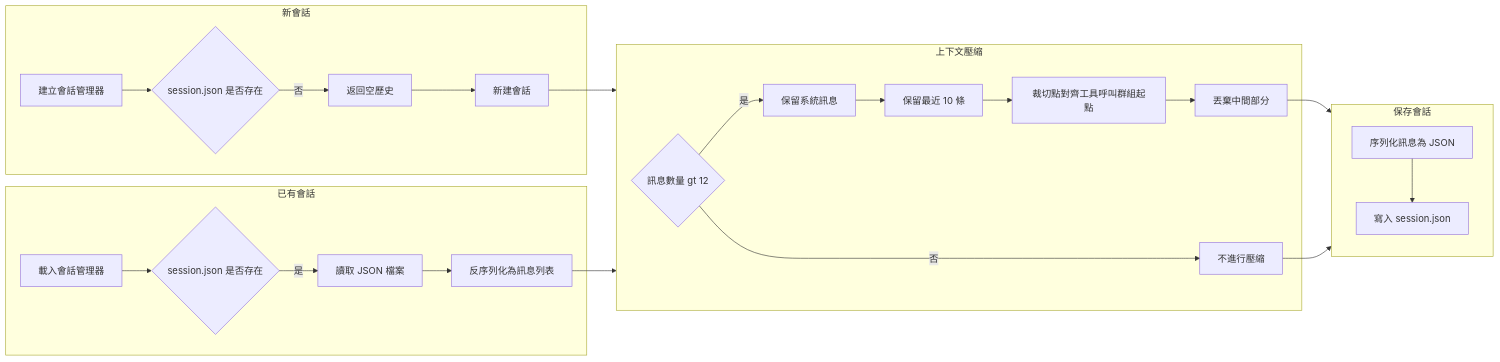
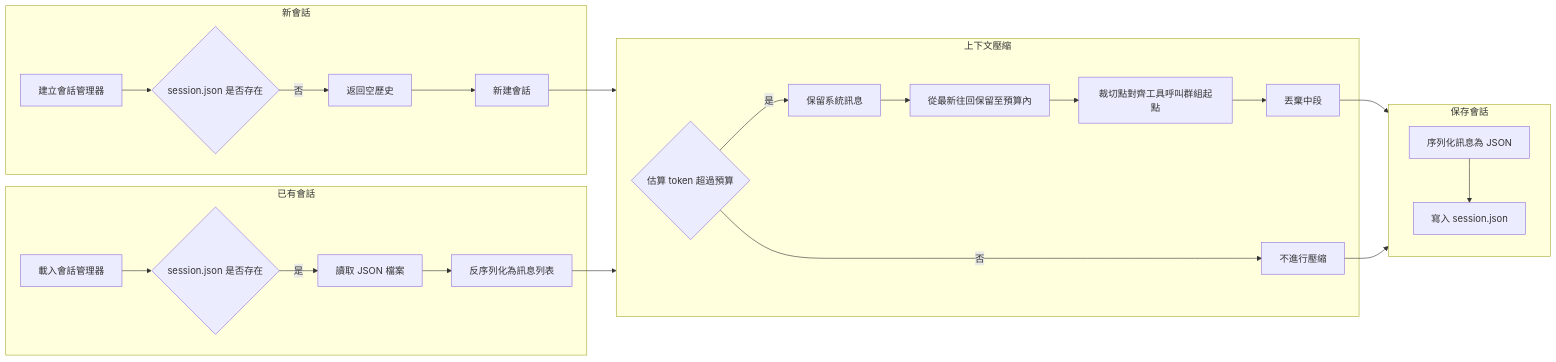
One commit to chiisen/mini_bot.go changed the fourth of 5 diagrams in README.md. Above: the diagram before and after it, drawn with Mermaid. The commit also changed other lines of this file and 5 other files, not shown here.

````diff
--- a/README.md
+++ b/README.md
@@ -319,32 +319,32 @@
 ```mermaid
 flowchart LR
     subgraph New["新會話"]
         N1["建立會話管理器"] --> N2{"session.json 是否存在"}
         N2 -->|"否"| N3["返回空歷史"]
         N3 --> N4["新建會話"]
     end
 
     subgraph Exist["已有會話"]
         E1["載入會話管理器"] --> E2{"session.json 是否存在"}
         E2 -->|"是"| E3["讀取 JSON 檔案"]
         E3 --> E4["反序列化為訊息列表"]
     end
 
     subgraph Compress["上下文壓縮"]
-        C1{"訊息數量 gt 12"}
+        C1{"估算 token 超過預算"}
         C1 -->|"是"| C2["保留系統訊息"]
-        C2 --> C3["保留最近 10 條"]
+        C2 --> C3["從最新往回保留至預算內"]
         C3 --> C3b["裁切點對齊工具呼叫群組起點"]
-        C3b --> C4["丟棄中間部分"]
+        C3b --> C4["丟棄中段"]
         C1 -->|"否"| C5["不進行壓縮"]
     end
 
     subgraph Save["保存會話"]
         S1["序列化訊息為 JSON"] --> S2["寫入 session.json"]
     end
 
     N4 --> Compress
     E4 --> Compress
     C4 --> Save
     C5 --> Save
 ```
````
